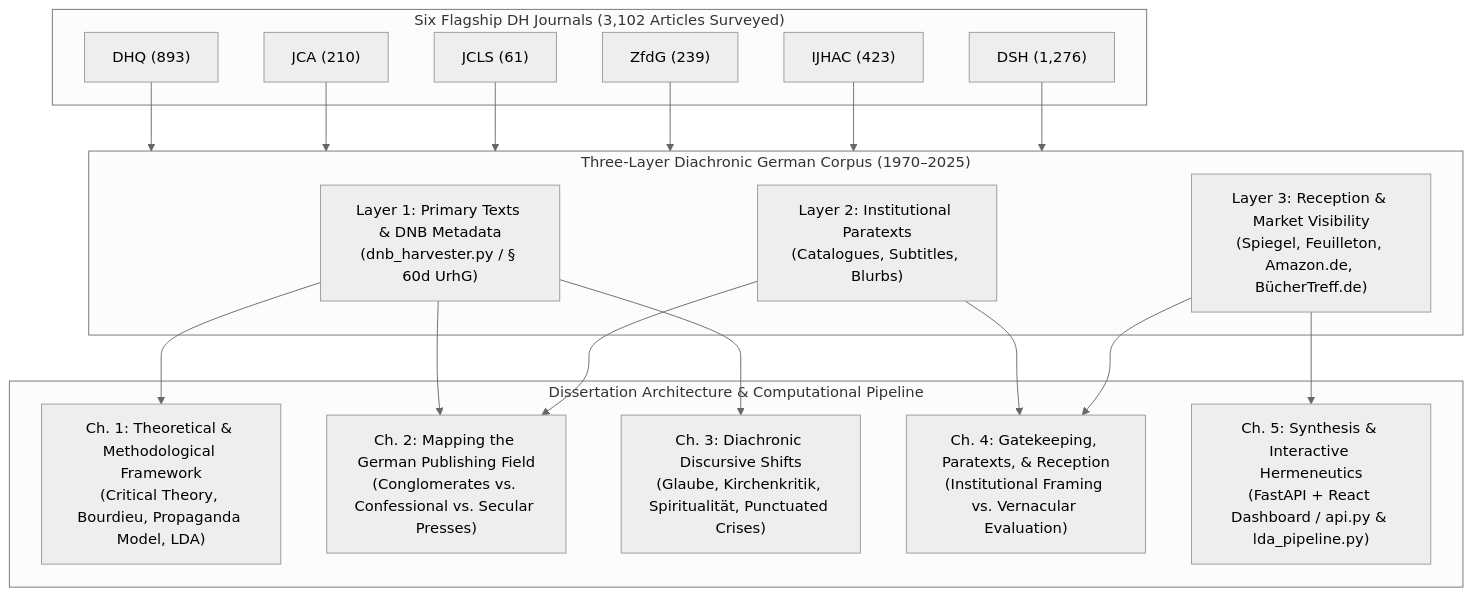
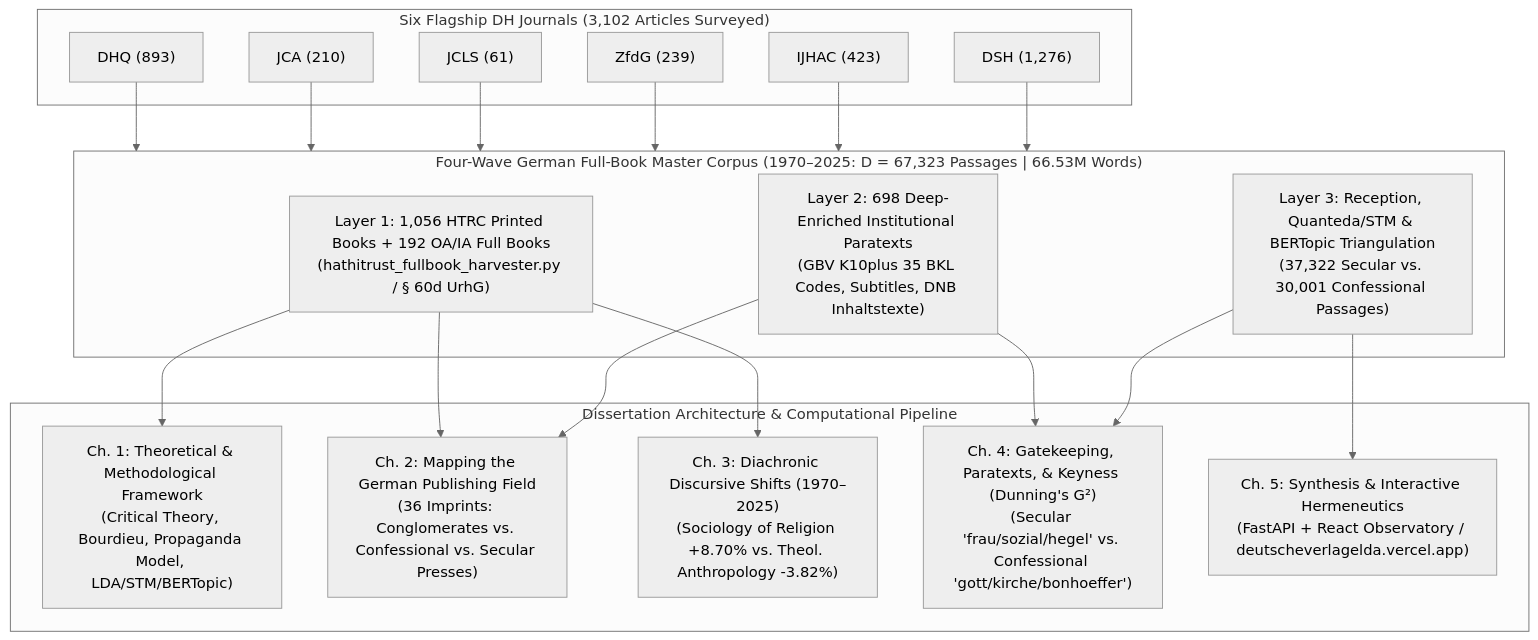
Before and after one commit to metachasm-beep/Deutsche-Verlage-LDA: the diagram in MASTER_DH_LITERATURE_REVIEW.md, drawn with Mermaid (neutral theme). The commit also changed other lines of this file and 5 other files, not shown here.

````diff
--- a/MASTER_DH_LITERATURE_REVIEW.md
+++ b/MASTER_DH_LITERATURE_REVIEW.md
@@ -23,30 +23,30 @@
 ```mermaid
 flowchart TD
     subgraph Journals["Six Flagship DH Journals (3,102 Articles Surveyed)"]
         DHQ["DHQ (893)"]
         JCA["JCA (210)"]
         JCLS["JCLS (61)"]
         ZFDG["ZfdG (239)"]
         IJHAC["IJHAC (423)"]
         DSH["DSH (1,276)"]
     end
 
-    subgraph Corpus["Three-Layer Diachronic German Corpus (1970–2025)"]
-        L1["Layer 1: Primary Texts & DNB Metadata\n(dnb_harvester.py / § 60d UrhG)"]
-        L2["Layer 2: Institutional Paratexts\n(Catalogues, Subtitles, Blurbs)"]
-        L3["Layer 3: Reception & Market Visibility\n(Spiegel, Feuilleton, Amazon.de, BücherTreff.de)"]
+    subgraph Corpus["Four-Wave German Full-Book Master Corpus (1970–2025: D = 67,323 Passages | 66.53M Words)"]
+        L1["Layer 1: 1,056 HTRC Printed Books + 192 OA/IA Full Books\n(hathitrust_fullbook_harvester.py / § 60d UrhG)"]
+        L2["Layer 2: 698 Deep-Enriched Institutional Paratexts\n(GBV K10plus 35 BKL Codes, Subtitles, DNB Inhaltstexte)"]
+        L3["Layer 3: Reception, Quanteda/STM & BERTopic Triangulation\n(37,322 Secular vs. 30,001 Confessional Passages)"]
     end
 
     subgraph Chapters["Dissertation Architecture & Computational Pipeline"]
-        C1["Ch. 1: Theoretical & Methodological Framework\n(Critical Theory, Bourdieu, Propaganda Model, LDA)"]
-        C2["Ch. 2: Mapping the German Publishing Field\n(Conglomerates vs. Confessional vs. Secular Presses)"]
-        C3["Ch. 3: Diachronic Discursive Shifts\n(Glaube, Kirchenkritik, Spiritualität, Punctuated Crises)"]
-        C4["Ch. 4: Gatekeeping, Paratexts, & Reception\n(Institutional Framing vs. Vernacular Evaluation)"]
-        C5["Ch. 5: Synthesis & Interactive Hermeneutics\n(FastAPI + React Dashboard / api.py & lda_pipeline.py)"]
+        C1["Ch. 1: Theoretical & Methodological Framework\n(Critical Theory, Bourdieu, Propaganda Model, LDA/STM/BERTopic)"]
+        C2["Ch. 2: Mapping the German Publishing Field\n(36 Imprints: Conglomerates vs. Confessional vs. Secular Presses)"]
+        C3["Ch. 3: Diachronic Discursive Shifts (1970–2025)\n(Sociology of Religion +8.70% vs. Theol. Anthropology -3.82%)"]
+        C4["Ch. 4: Gatekeeping, Paratexts, & Keyness (Dunning's G²)\n(Secular 'frau/sozial/hegel' vs. Confessional 'gott/kirche/bonhoeffer')"]
+        C5["Ch. 5: Synthesis & Interactive Hermeneutics\n(FastAPI + React Observatory / deutscheverlagelda.vercel.app)"]
     end
 
     DHQ & JCA & JCLS & ZFDG & IJHAC & DSH --> Corpus
     L1 --> C1 & C2 & C3
     L2 --> C2 & C4
     L3 --> C4 & C5
 ```
````
